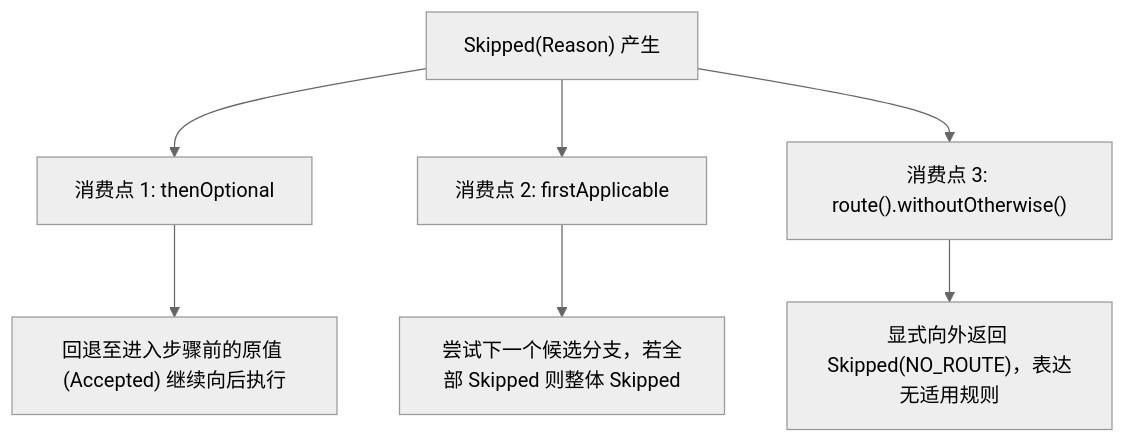
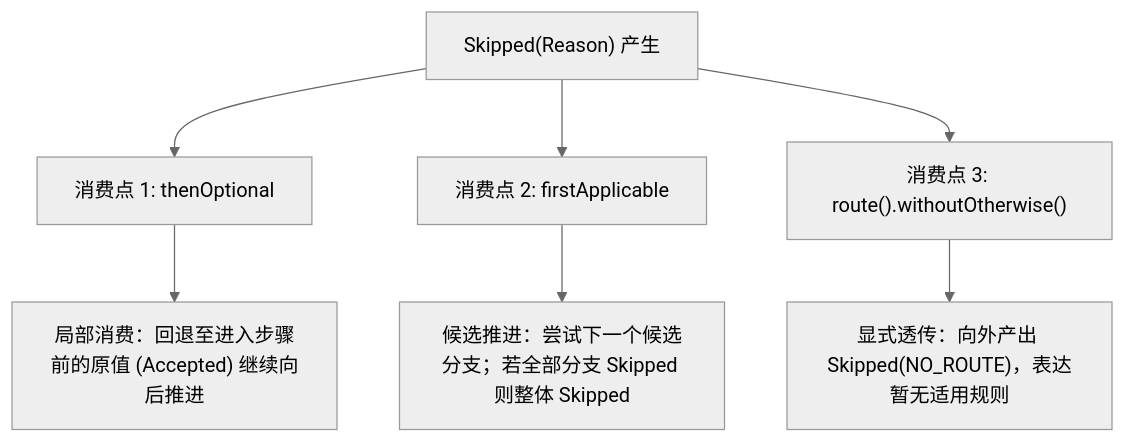
The second of 4 diagrams in docs/flow/flow-propagation.md (team4u/team4u-framework), drawn with Mermaid (neutral theme) before and after one commit. The commit also changed other lines of this file and 21 other files, not shown here.

Commit message:
docs(flow): deepen technical documentation across core, governance, durable, and testing

````diff
--- a/docs/flow/flow-propagation.md
+++ b/docs/flow/flow-propagation.md
@@ -50,10 +57,10 @@
 ```mermaid
 graph TD
     SK["Skipped(Reason) 产生"] --> C1["消费点 1: thenOptional"]
     SK --> C2["消费点 2: firstApplicable"]
     SK --> C3["消费点 3: route().withoutOtherwise()"]
     
-    C1 --> R1["回退至进入步骤前的原值 (Accepted) 继续向后执行"]
-    C2 --> R2["尝试下一个候选分支，若全部 Skipped 则整体 Skipped"]
-    C3 --> R3["显式向外返回 Skipped(NO_ROUTE)，表达无适用规则"]
+    C1 --> R1["局部消费：回退至进入步骤前的原值 (Accepted) 继续向后推进"]
+    C2 --> R2["候选推进：尝试下一个候选分支；若全部分支 Skipped 则整体 Skipped"]
+    C3 --> R3["显式透传：向外产出 Skipped(NO_ROUTE)，表达暂无适用规则"]
 ```
````
